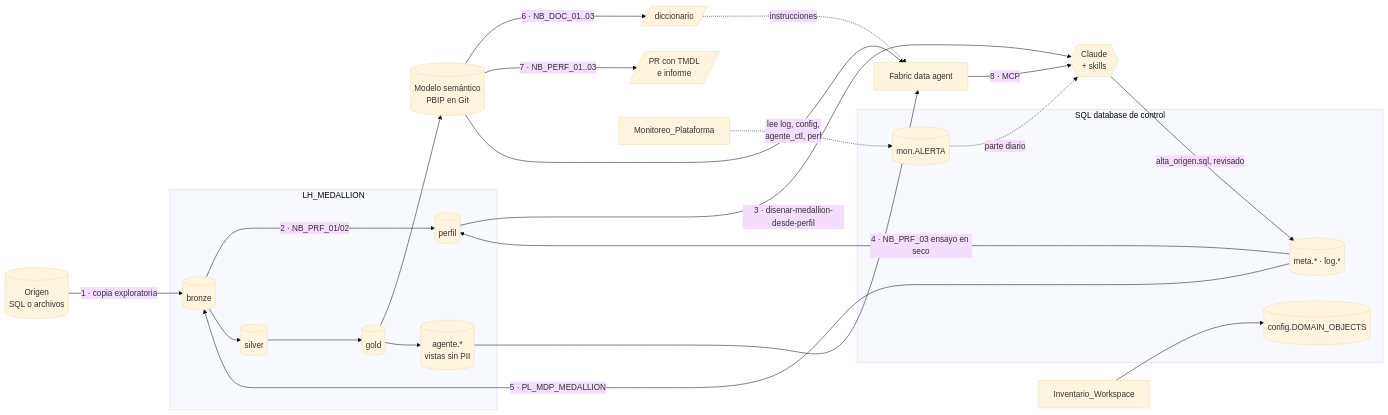
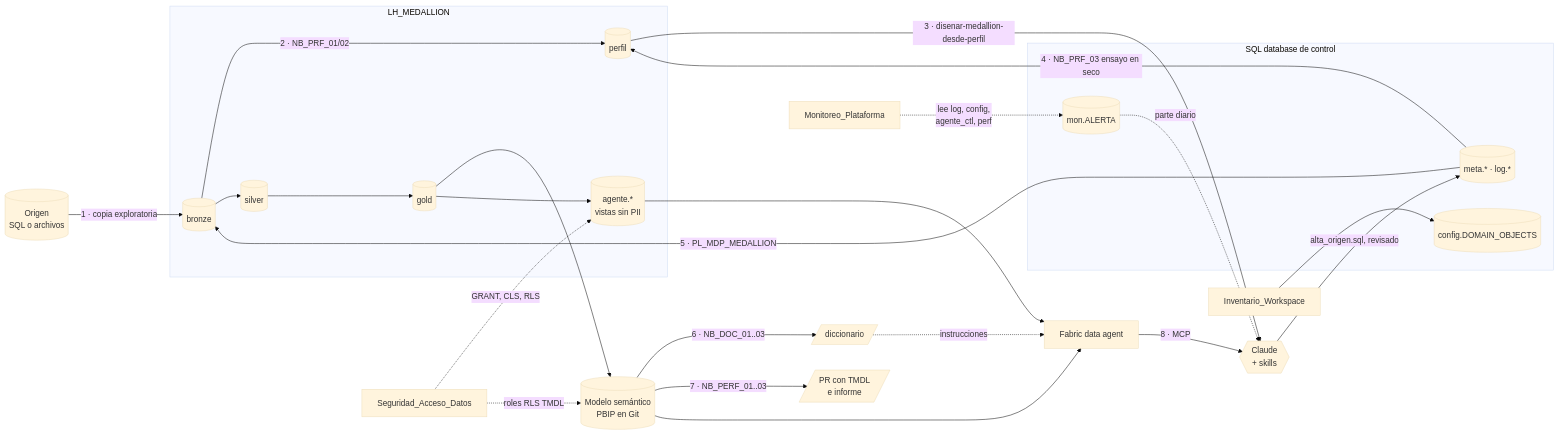
Before and after one commit to estebanotero/BIA: the diagram in README.md, drawn with Mermaid (base theme). The commit also changed other lines of this file and 12 other files, not shown here.

First line of the commit message:
Agrega el framework Seguridad_Acceso_Datos (matriz de accesos, CLS, RLS y PII)

````diff
--- a/README.md
+++ b/README.md
@@ -41,39 +42,41 @@
 ```mermaid
 flowchart LR
     SRC[(Origen<br/>SQL o archivos)]
 
     subgraph CTRL[SQL database de control]
         META[(meta.* · log.*)]
         CFG[(config.DOMAIN_OBJECTS)]
         MON[(mon.ALERTA)]
     end
 
     subgraph LH[LH_MEDALLION]
         B[(bronze)]
         P[(perfil)]
         S[(silver)]
         G[(gold)]
         V[(agente.*<br/>vistas sin PII)]
     end
 
     SM[(Modelo semántico<br/>PBIP en Git)]
     FDA[Fabric data agent]
     CL{{Claude<br/>+ skills}}
 
     INV[Inventario_Workspace] --> CFG
     SRC -->|1 · copia exploratoria| B
     B -->|2 · NB_PRF_01/02| P
     P -->|3 · disenar-medallion-desde-perfil| CL
     CL -->|alta_origen.sql, revisado| META
     META -->|4 · NB_PRF_03 ensayo en seco| P
     META -->|5 · PL_MDP_MEDALLION| B --> S --> G
     G --> SM
     SM -->|6 · NB_DOC_01..03| DIC[/diccionario/]
     SM -->|7 · NB_PERF_01..03| PR[/PR con TMDL<br/>e informe/]
     G --> V --> FDA
     SM --> FDA
     DIC -.->|instrucciones| FDA
     FDA -->|8 · MCP| CL
     MONI[Monitoreo_Plataforma] -.->|lee log, config,<br/>agente_ctl, perf| MON
     MON -.->|parte diario| CL
+    SEG[Seguridad_Acceso_Datos] -.->|GRANT, CLS, RLS| V
+    SEG -.->|roles RLS TMDL| SM
 ```
````
